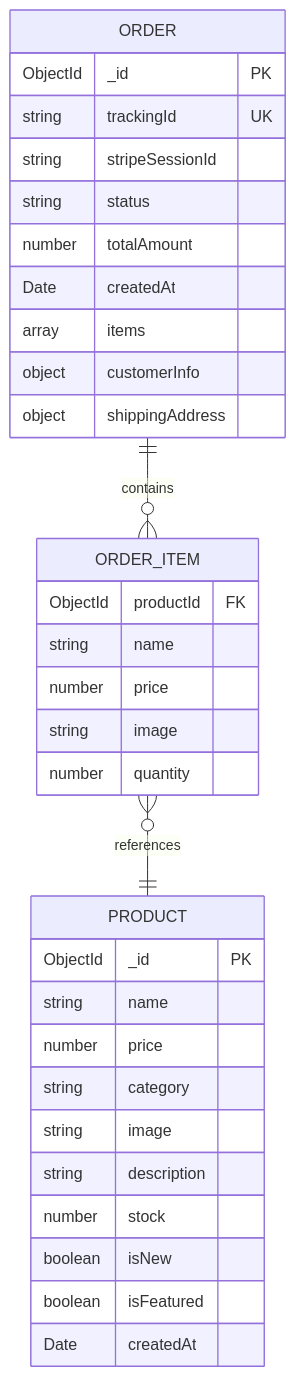
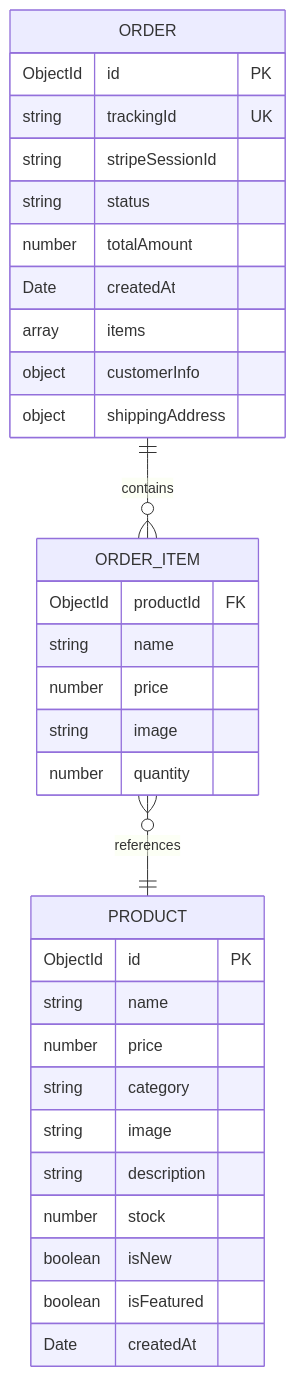
The fifth of 6 diagrams in README.md (nandakumar-nandu/LuxeGems), drawn with Mermaid before and after one commit. The commit also changed other lines of this file and 10 other files, not shown here.

````diff
--- a/README.md
+++ b/README.md
@@ -329,38 +329,38 @@
 ```mermaid
 erDiagram
     PRODUCT {
-        ObjectId _id PK
+        ObjectId id PK
         string name
         number price
         string category
         string image
         string description
         number stock
         boolean isNew
         boolean isFeatured
         Date createdAt
     }
 
     ORDER {
-        ObjectId _id PK
+        ObjectId id PK
         string trackingId UK
         string stripeSessionId
         string status
         number totalAmount
         Date createdAt
         array items
         object customerInfo
         object shippingAddress
     }
 
     ORDER_ITEM {
         ObjectId productId FK
         string name
         number price
         string image
         number quantity
     }
 
     ORDER ||--o{ ORDER_ITEM : contains
     ORDER_ITEM }o--|| PRODUCT : references
 ```
````
